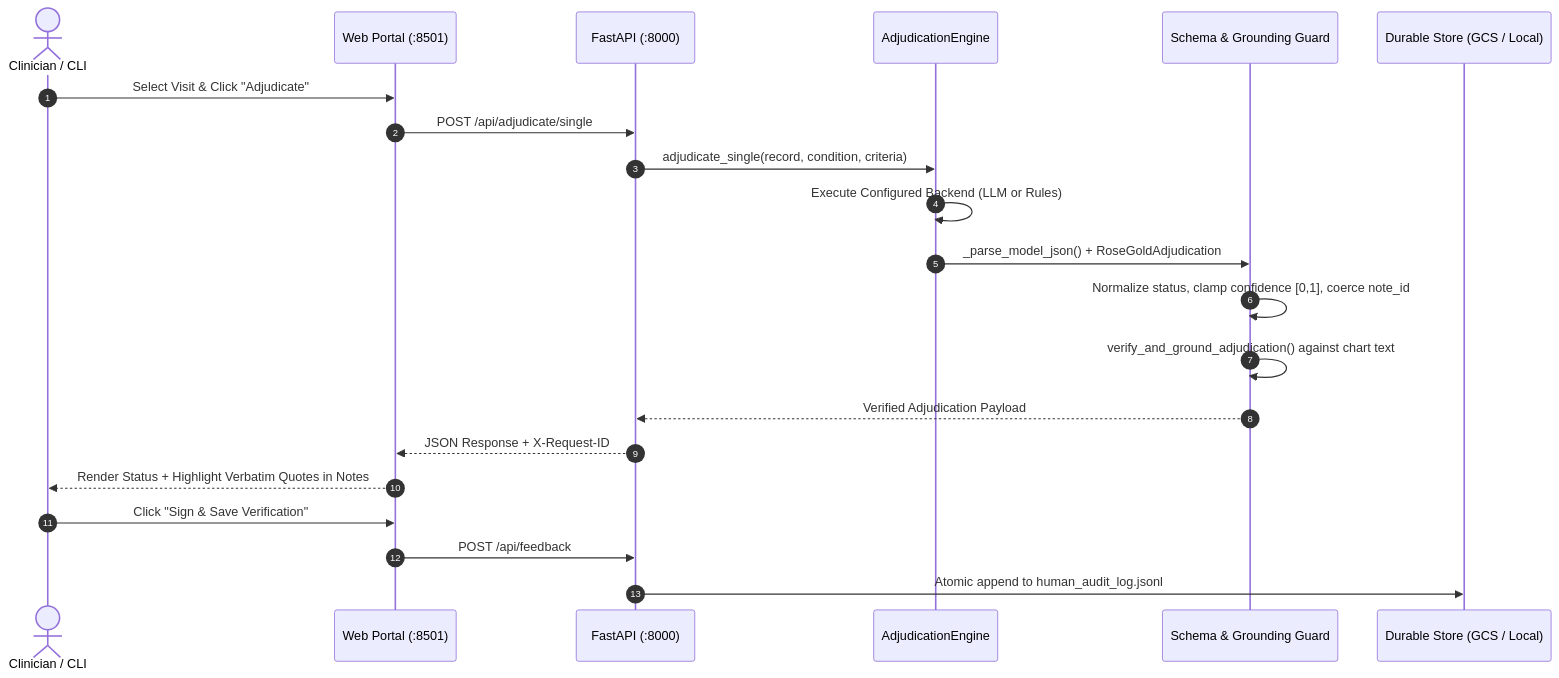
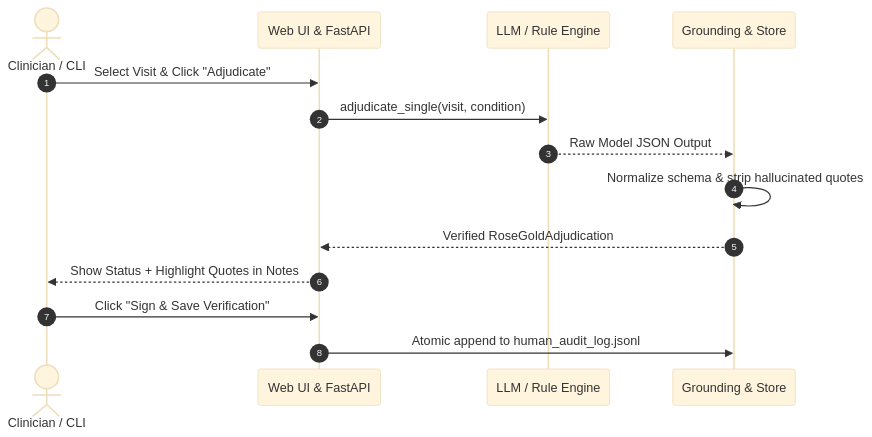
One commit to x1jiang/rosegold changed the third of 3 diagrams in README.md. Above: the diagram before and after it, drawn with Mermaid. The commit also changed other lines of this file, not shown here.

Commit message:
docs(readme): use compact vertical Mermaid layouts and 18px fonts for readability

````diff
--- a/README.md
+++ b/README.md
@@ -183,24 +168,18 @@
 ```mermaid
+%%{init: {'theme': 'base', 'themeVariables': {'fontSize': '17px', 'fontFamily': 'arial'}, 'sequence': {'actorMargin': 35, 'width': 155, 'height': 46, 'messageFontSize': 16, 'actorFontSize': 17}}}%%
 sequenceDiagram
     autonumber
     actor User as Clinician / CLI
-    participant UI as Web Portal (:8501)
-    participant API as FastAPI (:8000)
-    participant Eng as AdjudicationEngine
-    participant Guard as Schema & Grounding Guard
-    participant Store as Durable Store (GCS / Local)
+    participant Portal as Web UI & FastAPI
+    participant Engine as LLM / Rule Engine
+    participant Guard as Grounding & Store
 
-    User->>UI: Select Visit & Click "Adjudicate"
-    UI->>API: POST /api/adjudicate/single
-    API->>Eng: adjudicate_single(record, condition, criteria)
-    Eng->>Eng: Execute Configured Backend (LLM or Rules)
-    Eng->>Guard: _parse_model_json() + RoseGoldAdjudication
-    Guard->>Guard: Normalize status, clamp confidence [0,1], coerce note_id
-    Guard->>Guard: verify_and_ground_adjudication() against chart text
-    Guard-->>API: Verified Adjudication Payload
-    API-->>UI: JSON Response + X-Request-ID
-    UI-->>User: Render Status + Highlight Verbatim Quotes in Notes
-    User->>UI: Click "Sign & Save Verification"
-    UI->>API: POST /api/feedback
-    API->>Store: Atomic append to human_audit_log.jsonl
+    User->>Portal: Select Visit & Click "Adjudicate"
+    Portal->>Engine: adjudicate_single(visit, condition)
+    Engine-->>Guard: Raw Model JSON Output
+    Guard->>Guard: Normalize schema & strip hallucinated quotes
+    Guard-->>Portal: Verified RoseGoldAdjudication
+    Portal-->>User: Show Status + Highlight Quotes in Notes
+    User->>Portal: Click "Sign & Save Verification"
+    Portal->>Guard: Atomic append to human_audit_log.jsonl
 ```
````
